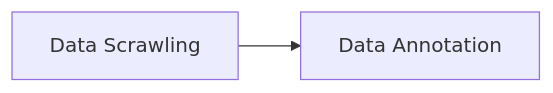
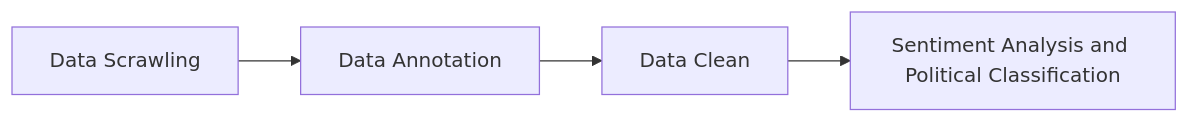
The diagram in README.md (ronineume/X-NLP-Project), drawn with Mermaid before and after one commit.

````diff
--- a/README.md
+++ b/README.md
@@ -12,4 +12,4 @@
 ```mermaid
  graph LR
-A[Data Scrawling]--> B[Data Annotation]
+A[Data Scrawling]--> B[Data Annotation] --> C[Data Clean] --> D[Sentiment Analysis and Political Classification]
 ```
````
